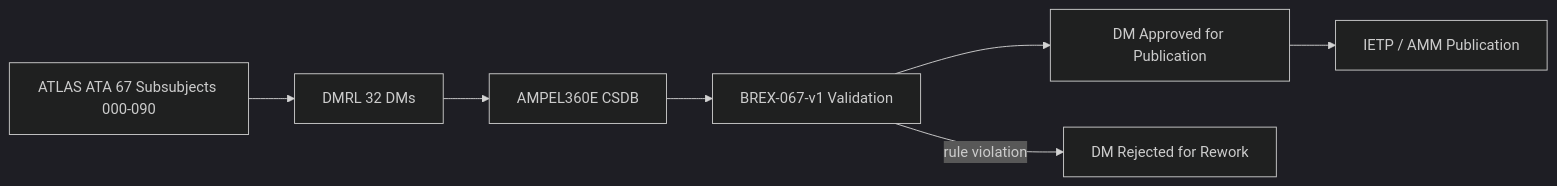
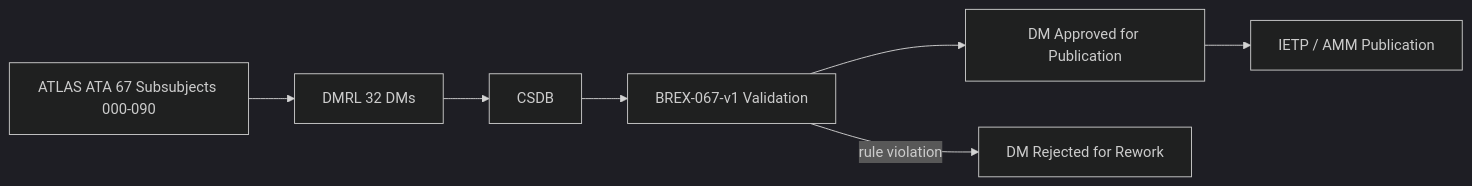
Before and after one commit to AmedeoPelliccia/Qplus-For-All-Queer-People-and-Quantum: the first of 2 diagrams in Q+ATLANTIDE/000-099_ATLAS/060-069_Propulsion-Tradicional/067_Engine-Controls/067-090-S1000D-CSDB-Mapping-and-Traceability.md, drawn with Mermaid (dark theme). The commit also changed other lines of this file and 51 other files, not shown here.

First line of the commit message:
Generalize all 52 ATLAS S1000D-CSDB mapping files: remove AMPEL360E/eWTW/Programmes_example references, add scope: agnostic-standard, use generic DMC placeholders

````diff
--- a/Q+ATLANTIDE/000-099_ATLAS/060-069_Propulsion-Tradicional/067_Engine-Controls/067-090-S1000D-CSDB-Mapping-and-Traceability.md
+++ b/Q+ATLANTIDE/000-099_ATLAS/060-069_Propulsion-Tradicional/067_Engine-Controls/067-090-S1000D-CSDB-Mapping-and-Traceability.md
@@ -82,9 +83,9 @@
 ```mermaid
 flowchart LR
     ATLAS_067[ATLAS ATA 67 Subsubjects 000-090] --> DMRL_67[DMRL 32 DMs]
-    DMRL_67 --> CSDB[AMPEL360E CSDB]
+    DMRL_67 --> CSDB[<PROGRAMME> CSDB]
     CSDB --> BREX_67[BREX-067-v1 Validation]
     BREX_67 --> DM_OK[DM Approved for Publication]
     DM_OK --> IETP[IETP / AMM Publication]
     BREX_67 -- "rule violation" --> DM_REJECT[DM Rejected for Rework]
 ```
````
